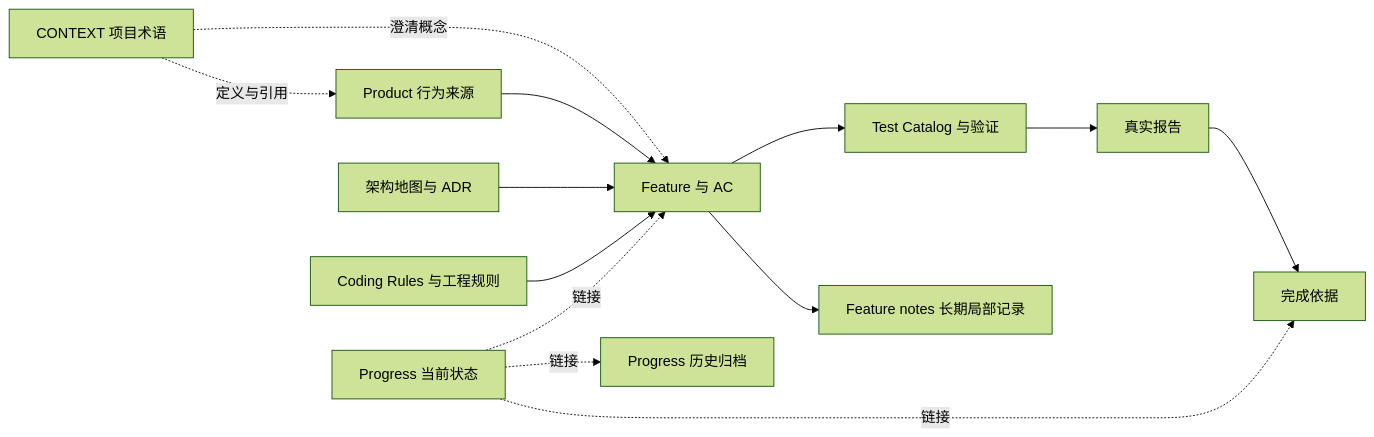
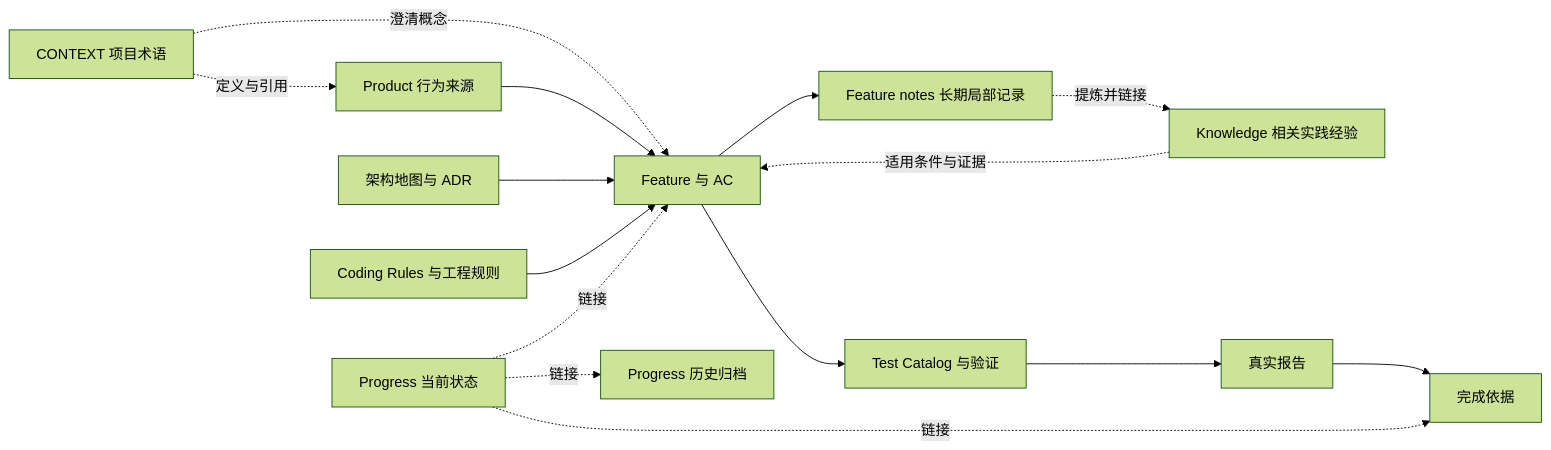
One commit to yxy823/Game_idle_yaya_frame changed the first of 2 diagrams in framework/docs/blank-project/guides/project-knowledge.md. Above: the diagram before and after it, drawn with Mermaid (forest theme). The commit also changed other lines of this file and 24 other files, not shown here.

````diff
--- a/framework/docs/blank-project/guides/project-knowledge.md
+++ b/framework/docs/blank-project/guides/project-knowledge.md
@@ -23,15 +24,17 @@
 ```mermaid
 flowchart LR
     V[CONTEXT 项目术语] -. 定义与引用 .-> P
     V -. 澄清概念 .-> F
     P[Product 行为来源] --> F[Feature 与 AC]
     A[架构地图与 ADR] --> F
     C[Coding Rules 与工程规则] --> F
+    K[Knowledge 相关实践经验] -. 适用条件与证据 .-> F
     F --> T[Test Catalog 与验证]
     T --> R[真实报告]
     R --> E[完成依据]
     F --> N[Feature notes 长期局部记录]
+    N -. 提炼并链接 .-> K
     H[Progress 当前状态] -. 链接 .-> F
     H -. 链接 .-> E
     H -. 链接 .-> Z[Progress 历史归档]
 ```
````
